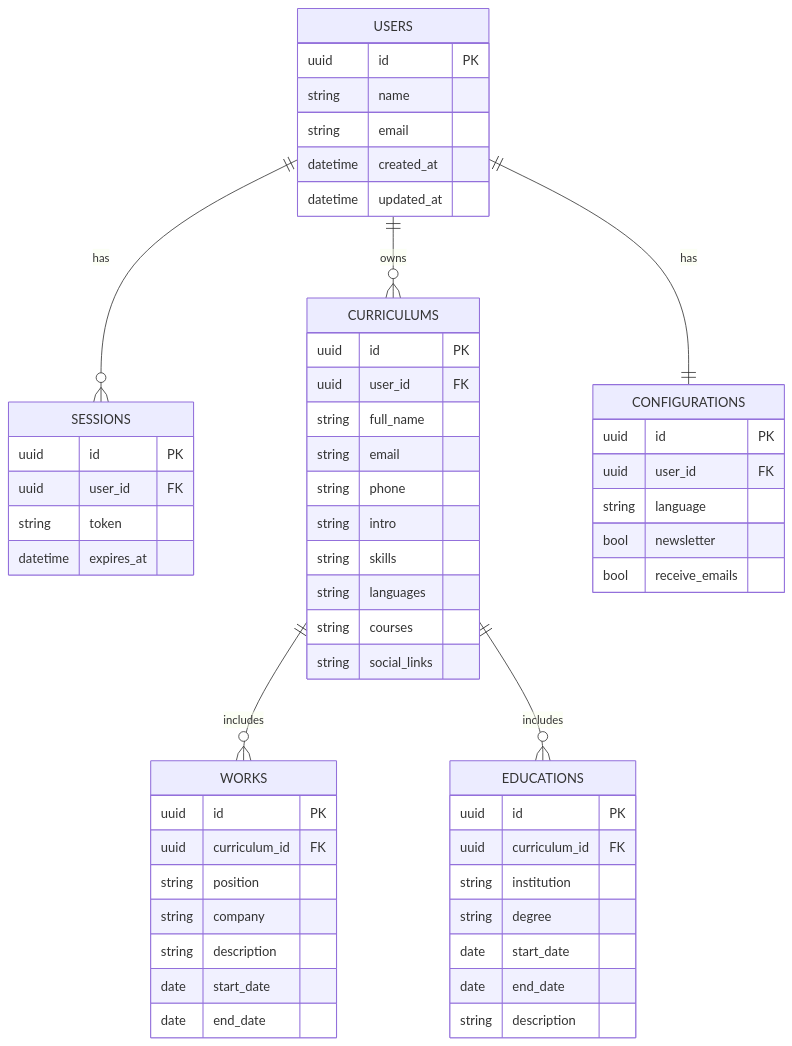
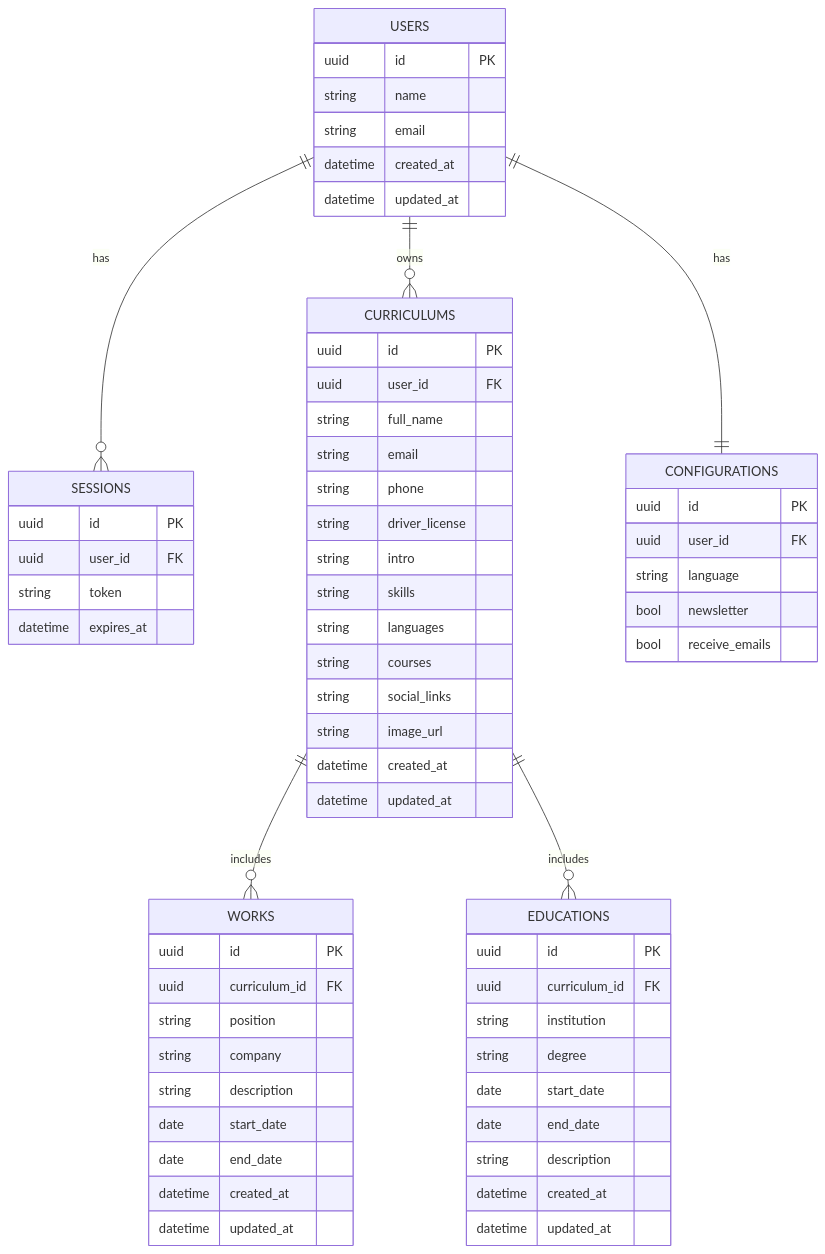
One commit to Daniel-Fonseca-da-Silva/dafon-cv-api changed the seventh of 8 diagrams in README.md. Above: the diagram before and after it, drawn with Mermaid. The commit also changed other lines of this file, not shown here.

````diff
--- a/README.md
+++ b/README.md
@@ -230,64 +231,72 @@
 ```mermaid
 erDiagram
   USERS ||--o{ SESSIONS : has
   USERS ||--o{ CURRICULUMS : owns
   USERS ||--|| CONFIGURATIONS : has
   CURRICULUMS ||--o{ WORKS : includes
   CURRICULUMS ||--o{ EDUCATIONS : includes
 
   USERS {
     uuid id PK
     string name
     string email
     datetime created_at
     datetime updated_at
   }
 
   SESSIONS {
     uuid id PK
     uuid user_id FK
     string token
     datetime expires_at
   }
 
   CONFIGURATIONS {
     uuid id PK
     uuid user_id FK
     string language
     bool newsletter
     bool receive_emails
   }
 
   CURRICULUMS {
     uuid id PK
     uuid user_id FK
     string full_name
     string email
     string phone
+    string driver_license
     string intro
     string skills
     string languages
     string courses
     string social_links
+    string image_url
+    datetime created_at
+    datetime updated_at
   }
 
   WORKS {
     uuid id PK
     uuid curriculum_id FK
     string position
     string company
     string description
     date start_date
     date end_date
+    datetime created_at
+    datetime updated_at
   }
 
   EDUCATIONS {
     uuid id PK
     uuid curriculum_id FK
     string institution
     string degree
     date start_date
     date end_date
     string description
+    datetime created_at
+    datetime updated_at
   }
 ```
````
